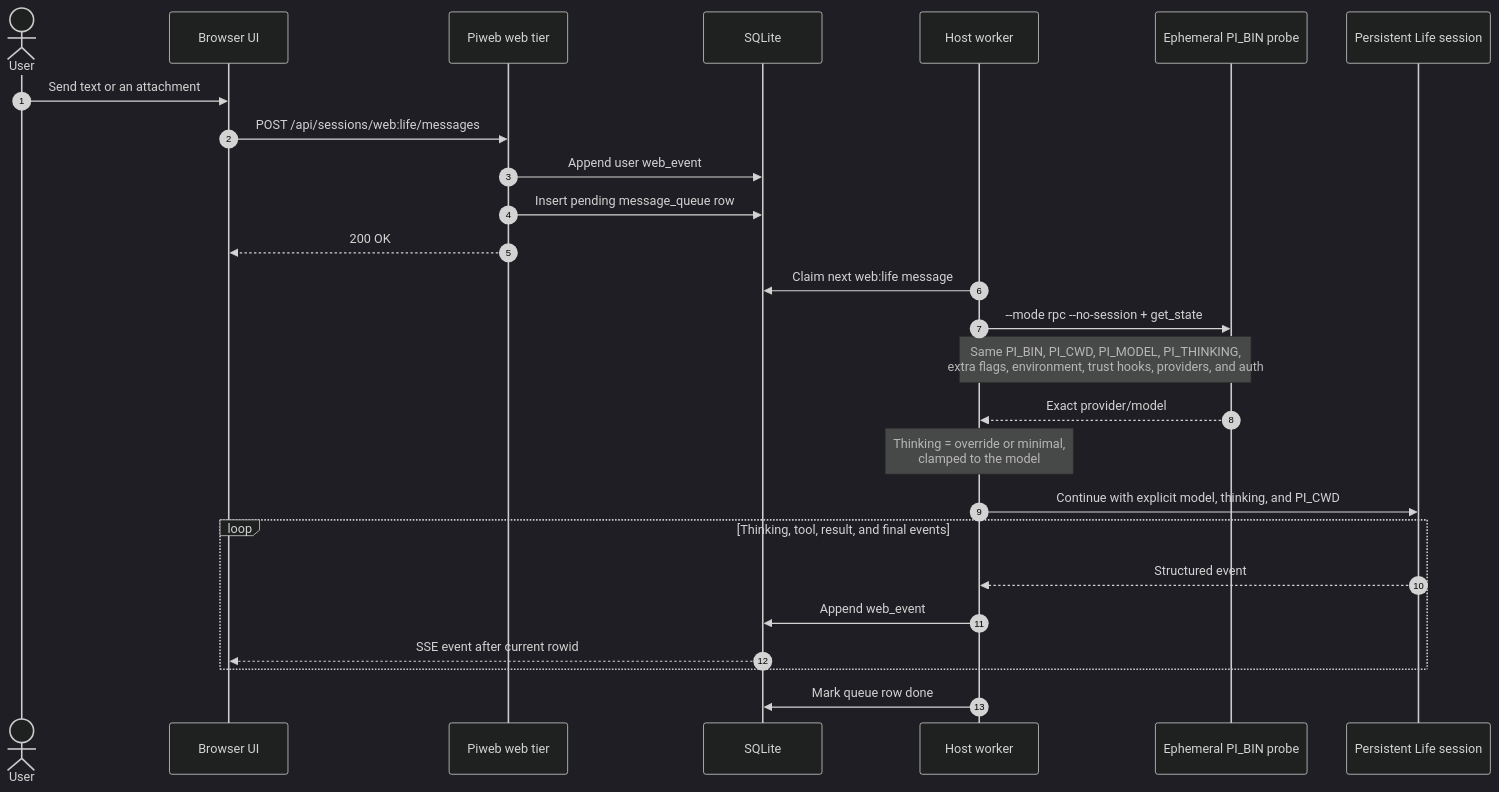
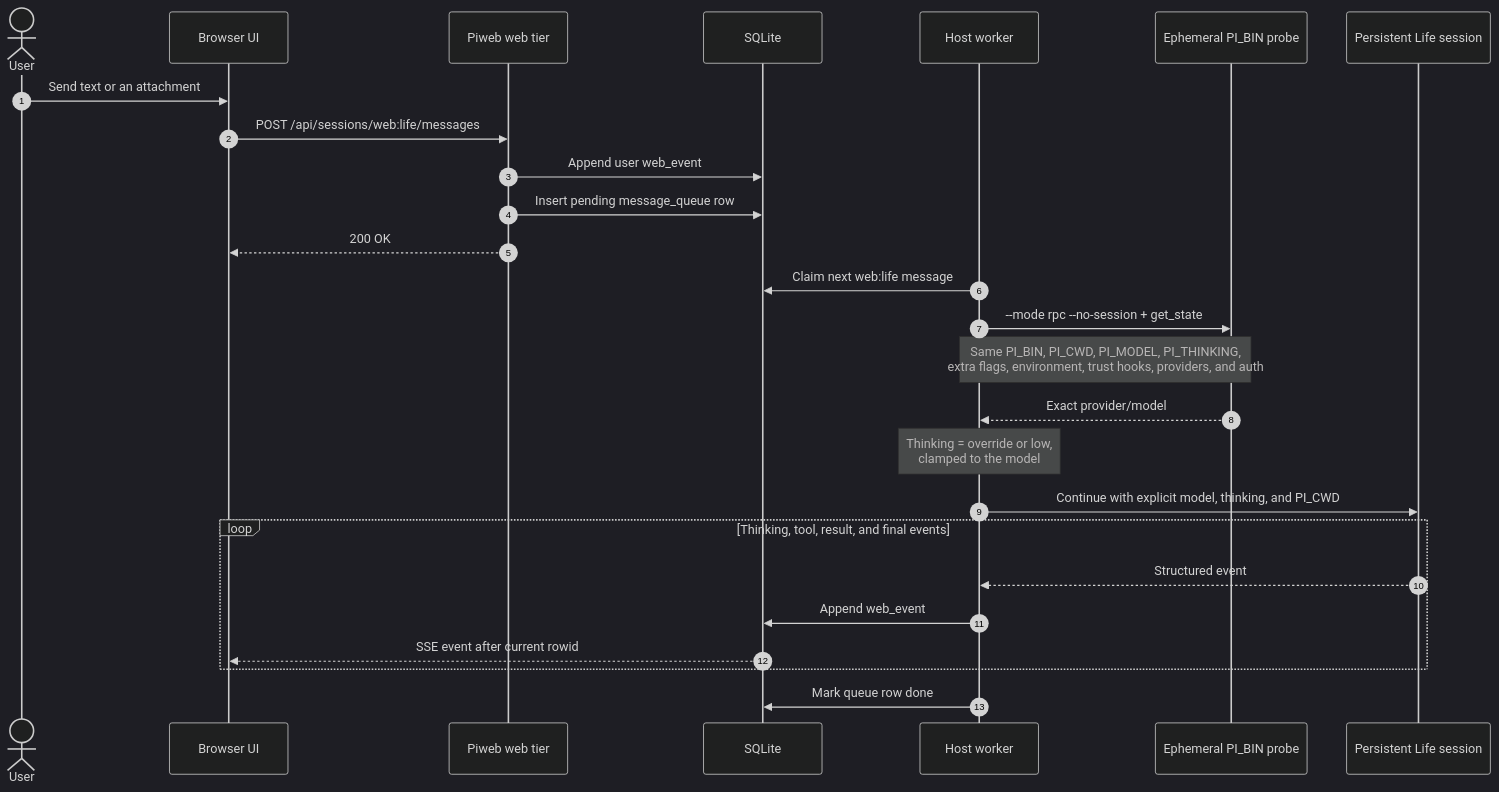
Before and after one commit to AyaSakura-comp/piweb: the third of 5 diagrams in docs/life-mode.md, drawn with Mermaid (dark theme). The commit also changed other lines of this file and 3 other files, not shown here.

First line of the commit message:
feat(life): default Life thinking to low instead of minimal

````diff
--- a/docs/life-mode.md
+++ b/docs/life-mode.md
@@ -205,29 +205,29 @@
 ```mermaid
 sequenceDiagram
     autonumber
     actor User
     participant UI as Browser UI
     participant Web as Piweb web tier
     participant DB as SQLite
     participant Worker as Host worker
     participant Probe as Ephemeral PI_BIN probe
     participant Pi as Persistent Life session
 
     User->>UI: Send text or an attachment
     UI->>Web: POST /api/sessions/web:life/messages
     Web->>DB: Append user web_event
     Web->>DB: Insert pending message_queue row
     Web-->>UI: 200 OK
     Worker->>DB: Claim next web:life message
     Worker->>Probe: --mode rpc --no-session + get_state
     Note over Worker,Probe: Same PI_BIN, PI_CWD, PI_MODEL, PI_THINKING,<br/>extra flags, environment, trust hooks, providers, and auth
     Probe-->>Worker: Exact provider/model
-    Note over Worker: Thinking = override or minimal,<br/>clamped to the model
+    Note over Worker: Thinking = override or low,<br/>clamped to the model
     Worker->>Pi: Continue with explicit model, thinking, and PI_CWD
     loop Thinking, tool, result, and final events
         Pi-->>Worker: Structured event
         Worker->>DB: Append web_event
         DB-->>UI: SSE event after current rowid
     end
     Worker->>DB: Mark queue row done
 ```
````
